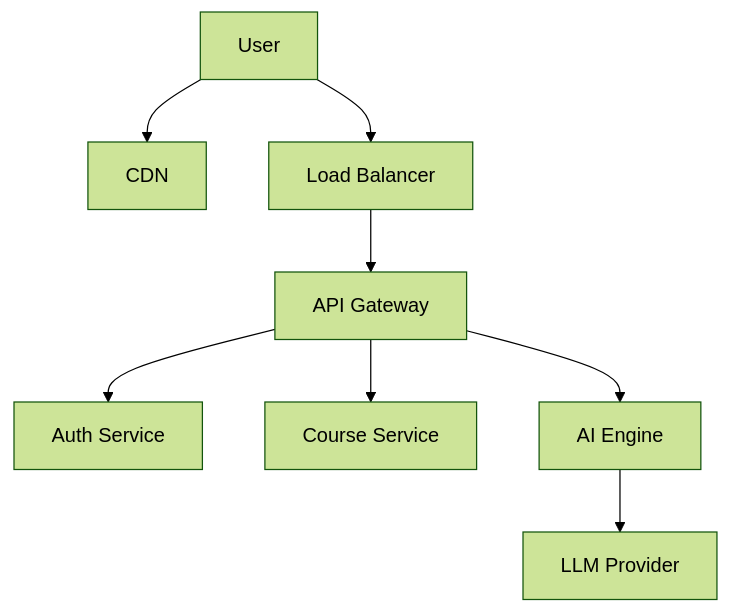
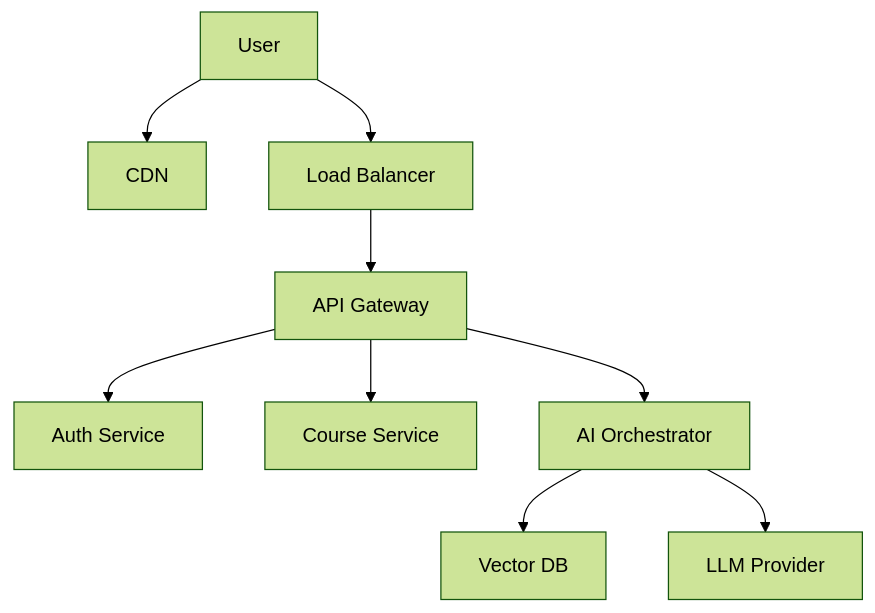
The diagram in README.md (suvendukungfu/ai-education-platform), drawn with Mermaid (forest theme) before and after one commit. The commit also changed other lines of this file and 4 other files, not shown here.

````diff
--- a/README.md
+++ b/README.md
@@ -49,10 +61,11 @@
 ```mermaid
 graph TD
     User --> CDN
     User --> LB[Load Balancer]
     LB --> API[API Gateway]
     API --> Auth[Auth Service]
     API --> Course[Course Service]
-    API --> AI[AI Engine]
-    AI --> LLM[LLM Provider]
+    API --> AI_Orch[AI Orchestrator]
+    AI_Orch --> Vector[Vector DB]
+    AI_Orch --> LLM[LLM Provider]
 ```
````
